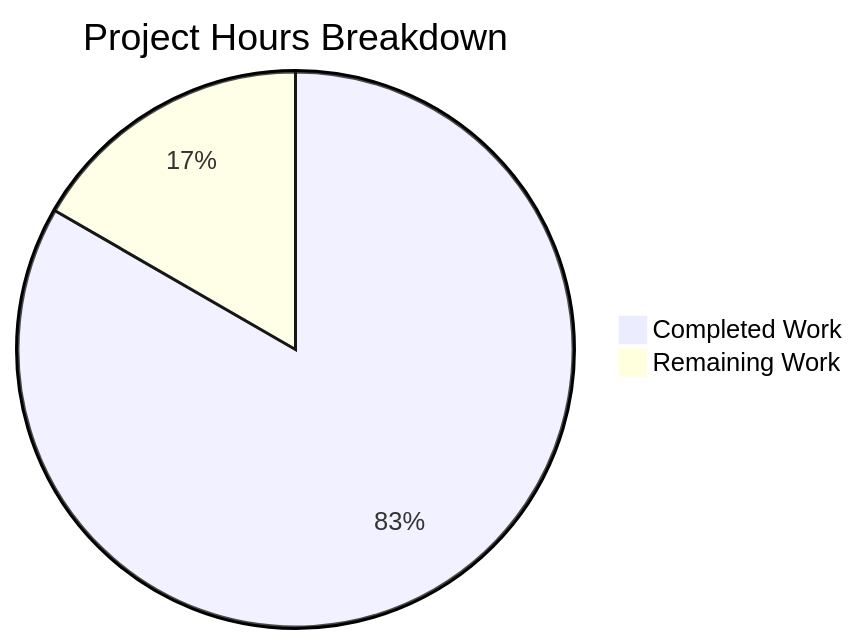
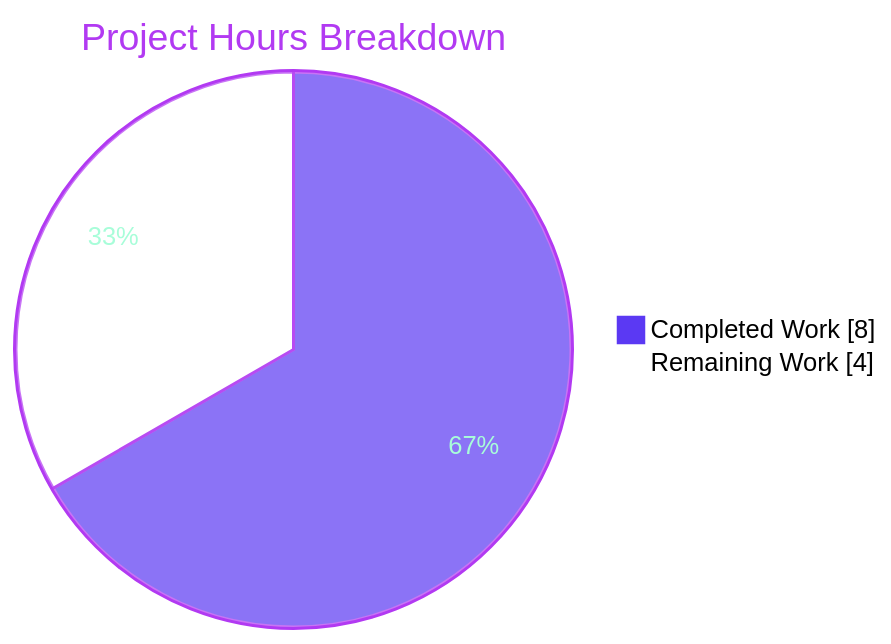
One commit to ajitblitzy/Ajit_GH_Repo-12-Mar-26 changed the second of 3 diagrams in blitzy/documentation/Project Guide.md. Above: the diagram before and after it, drawn with Mermaid. The commit also changed other lines of this file, not shown here.

Commit message:
Adding Blitzy Project Guide: Project Status and Human Tasks Remaining

````diff
--- a/blitzy/documentation/Project Guide.md
+++ b/blitzy/documentation/Project Guide.md
@@ -181,5 +167,6 @@
 ```mermaid
-pie title Project Hours Breakdown
-    "Completed Work" : 12.5
-    "Remaining Work" : 2.5
+%%{init: {'theme':'base','themeVariables':{'pie1':'#5B39F3','pie2':'#FFFFFF','pieStrokeColor':'#B23AF2','pieOuterStrokeColor':'#B23AF2','pieTitleTextColor':'#B23AF2','pieSectionTextColor':'#A8FDD9','pieLegendTextColor':'#000000'}}}%%
+pie showData title Project Hours Breakdown
+    "Completed Work" : 8
+    "Remaining Work" : 4
 ```
````
